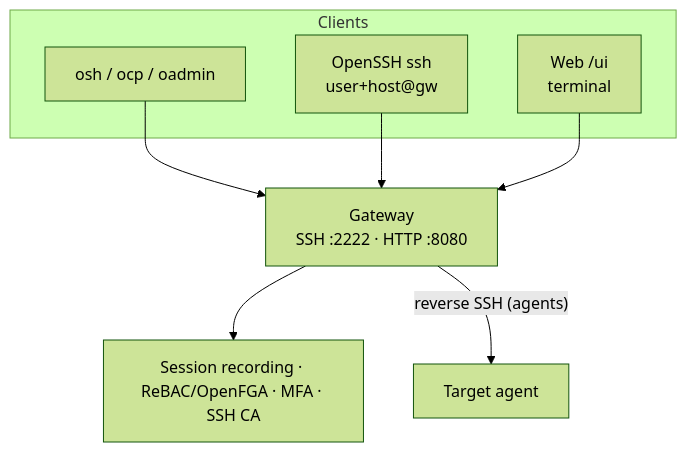
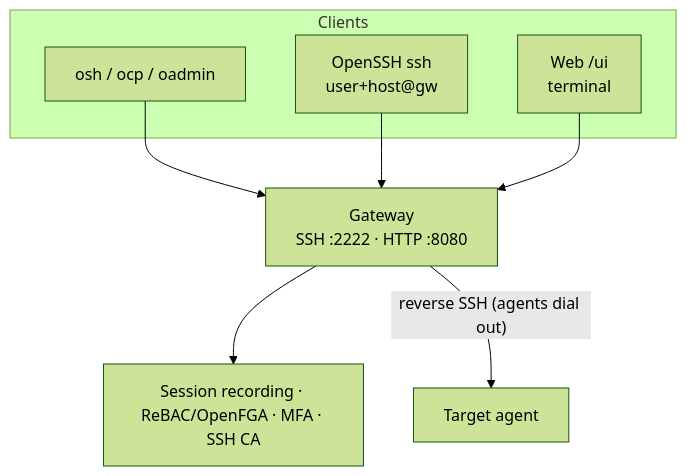
The diagram in README.md (zrougamed/orion-belt), drawn with Mermaid (forest theme) before and after one commit. The commit also changed other lines of this file and 1 other file, not shown here.

````diff
--- a/README.md
+++ b/README.md
@@ -69,18 +85,18 @@
 ```mermaid
 flowchart TB
   subgraph Clients
     CLI["osh / ocp / oadmin"]
     OpenSSH["OpenSSH ssh<br/>user+host@gw"]
     UI["Web /ui<br/>terminal"]
   end
 
   GW["Gateway<br/>SSH :2222 · HTTP :8080"]
   Rec["Session recording · ReBAC/OpenFGA · MFA · SSH CA"]
   Agent["Target agent"]
 
   CLI --> GW
   OpenSSH --> GW
   UI --> GW
   GW --> Rec
-  GW -->|"reverse SSH (agents)"| Agent
+  GW -->|"reverse SSH (agents dial out)"| Agent
 ```
````
